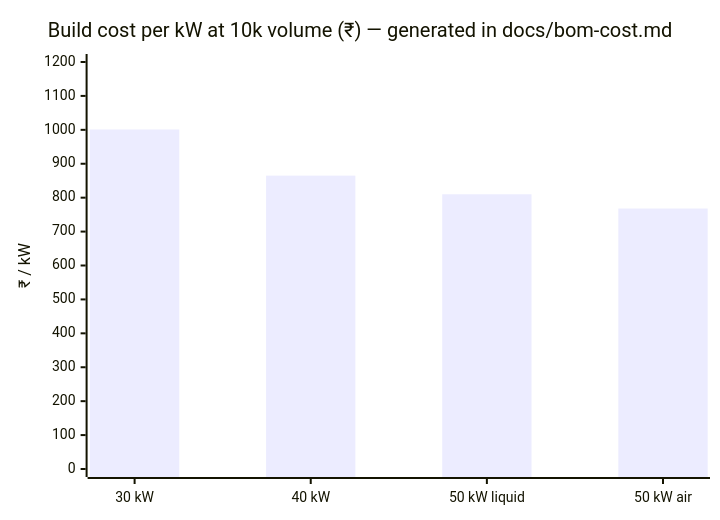
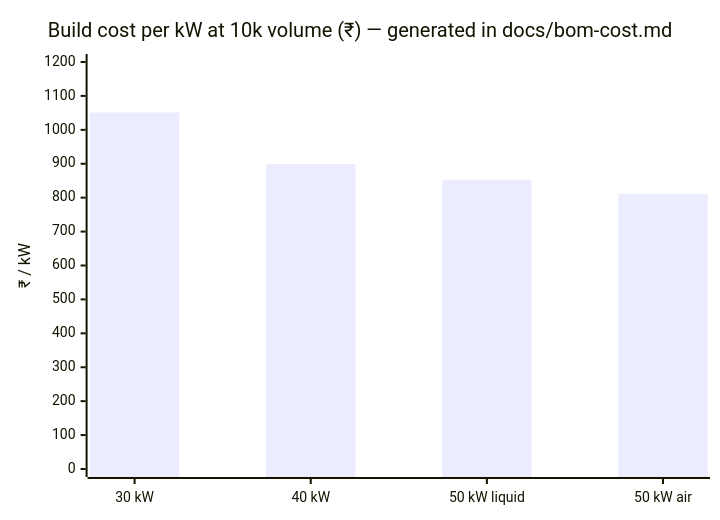
Before and after one commit to vectivolt/DC-Modules: the first of 4 diagrams in README.md, drawn with Mermaid. The commit also changed other lines of this file and 37 other files, not shown here.

First line of the commit message:
E81 docs: premium polish pass — 42 pages restructured, 80 diagrams, 61+ stale claims fixed, gates synced

````diff
--- a/README.md
+++ b/README.md
@@ -53,7 +69,7 @@
 ```mermaid
 xychart-beta
   title "Build cost per kW at 10k volume (₹) — generated in docs/bom-cost.md"
   x-axis ["30 kW", "40 kW", "50 kW liquid", "50 kW air"]
   y-axis "₹ / kW" 0 --> 1200
-  bar [1001, 865, 810, 768]
+  bar [1051, 899, 853, 811]
 ```
````
